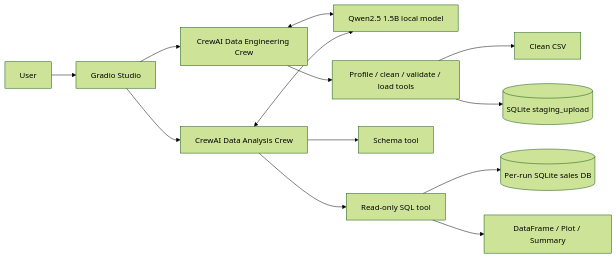
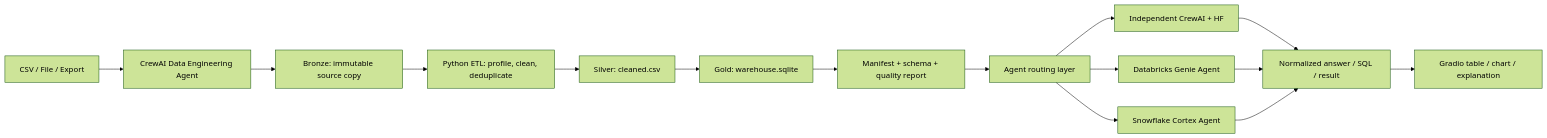
The diagram in docs/ARCHITECTURE.md (msellamiTN/data-agent-platform-studio), drawn with Mermaid (forest theme) before and after one commit. The commit also changed other lines of this file, not shown here.

Commit message:
docs: describe pipeline-first multi-provider architecture

```diff
--- a/docs/ARCHITECTURE.md
+++ b/docs/ARCHITECTURE.md
@@ -12,15 +9,17 @@
 ~~~mermaid
 flowchart LR
-    U[User] --> UI[Gradio Studio]
-    UI --> DE[CrewAI Data Engineering Crew]
-    UI --> DA[CrewAI Data Analysis Crew]
-    DE <--> HF[Qwen2.5 1.5B local model]
-    DA <--> HF
-    DE --> ETL[Profile / clean / validate / load tools]
-    ETL --> CSV[Clean CSV]
-    ETL --> STG[(SQLite staging_upload)]
-    DA --> SCHEMA[Schema tool]
-    DA --> SQL[Read-only SQL tool]
-    SQL --> DB[(Per-run SQLite sales DB)]
-    SQL --> OUT[DataFrame / Plot / Summary]
+    S[CSV / File / Export] --> DE[CrewAI Data Engineering Agent]
+    DE --> B[Bronze: immutable source copy]
+    B --> T[Python ETL: profile, clean, deduplicate]
+    T --> SL[Silver: cleaned.csv]
+    SL --> G[Gold: warehouse.sqlite]
+    G --> M[Manifest + schema + quality report]
+    M --> L[Agent routing layer]
+    L --> LC[Independent CrewAI + HF]
+    L --> DG[Databricks Genie Agent]
+    L --> SC[Snowflake Cortex Agent]
+    LC --> R[Normalized answer / SQL / result]
+    DG --> R
+    SC --> R
+    R --> V[Gradio table / chart / explanation]
 ~~~
```
